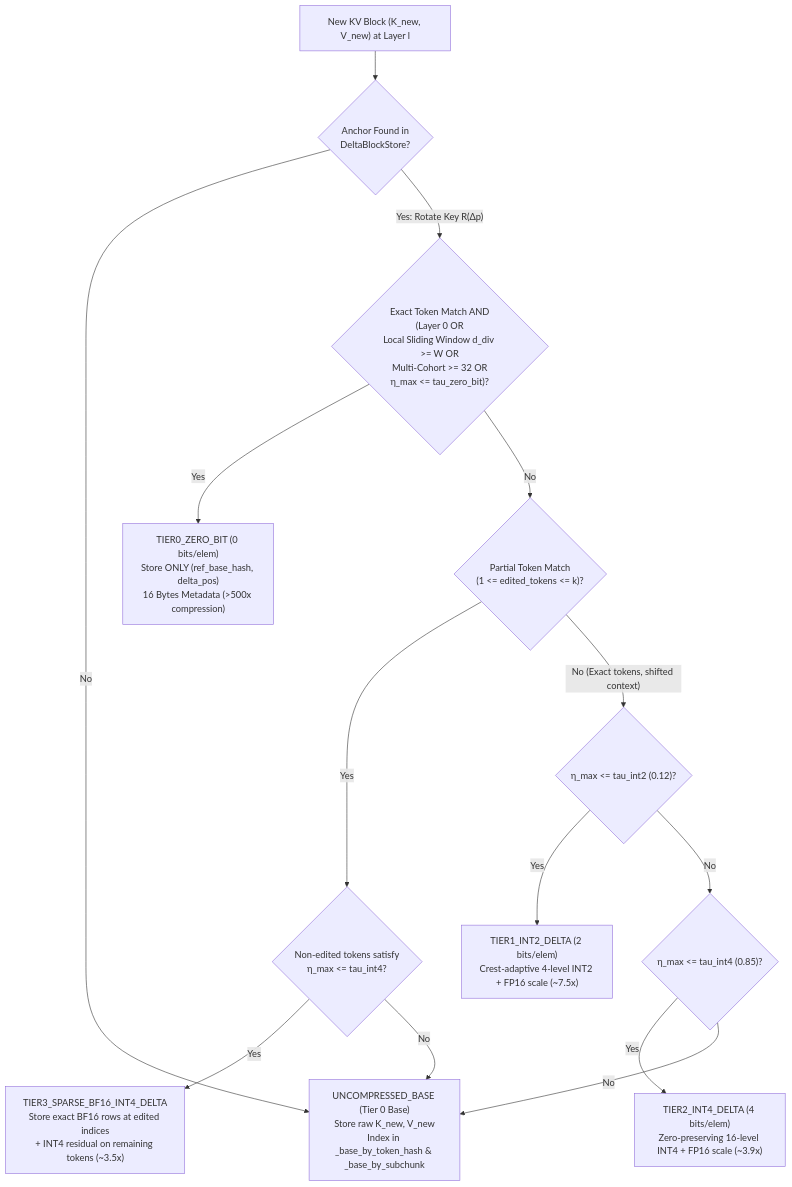
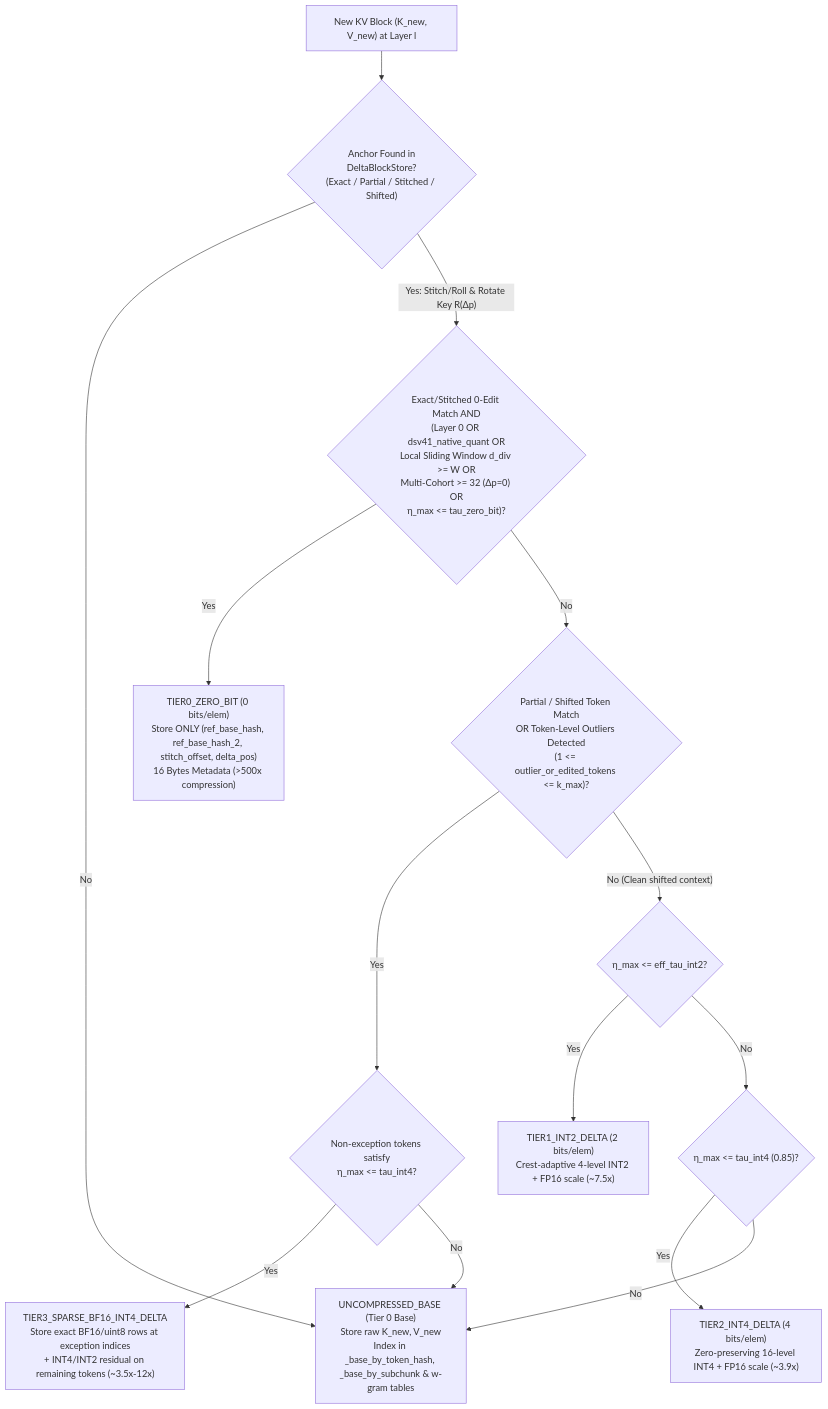
The fourth of 4 diagrams in docs/design/delta_compression_connector.md (xzhaosg/vllm), drawn with Mermaid before and after one commit. The commit also changed other lines of this file and 3 other files, not shown here.

Commit message:
perf(kv_connector): optimize multi-rollout cross-turn delta compression & 100x10 SWE-bench RL benchmark

````diff
--- a/docs/design/delta_compression_connector.md
+++ b/docs/design/delta_compression_connector.md
@@ -273,16 +290,16 @@
 ```mermaid
 flowchart TD
-    Start["New KV Block (K_new, V_new) at Layer l"] --> HasAnchor{"Anchor Found in\nDeltaBlockStore?"}
-    HasAnchor -- "No" --> Base["UNCOMPRESSED_BASE (Tier 0 Base)\nStore raw K_new, V_new\nIndex in _base_by_token_hash & _base_by_subchunk"]
-    HasAnchor -- "Yes: Rotate Key R(Δp)" --> CheckL0{"Exact Token Match AND\n(Layer 0 OR\nLocal Sliding Window d_div >= W OR\nMulti-Cohort >= 32 OR\nη_max <= tau_zero_bit)?"}
-    CheckL0 -- "Yes" --> T0["TIER0_ZERO_BIT (0 bits/elem)\nStore ONLY (ref_base_hash, delta_pos)\n16 Bytes Metadata (>500x compression)"]
-    CheckL0 -- "No" --> CheckPartial{"Partial Token Match\n(1 <= edited_tokens <= k)?"}
-    CheckPartial -- "Yes" --> CheckT3{"Non-edited tokens satisfy\nη_max <= tau_int4?"}
-    CheckT3 -- "Yes" --> T3["TIER3_SPARSE_BF16_INT4_DELTA\nStore exact BF16 rows at edited indices\n+ INT4 residual on remaining tokens (~3.5x)"]
+    Start["New KV Block (K_new, V_new) at Layer l"] --> HasAnchor{"Anchor Found in\nDeltaBlockStore?\n(Exact / Partial / Stitched / Shifted)"}
+    HasAnchor -- "No" --> Base["UNCOMPRESSED_BASE (Tier 0 Base)\nStore raw K_new, V_new\nIndex in _base_by_token_hash, _base_by_subchunk & w-gram tables"]
+    HasAnchor -- "Yes: Stitch/Roll & Rotate Key R(Δp)" --> CheckL0{"Exact/Stitched 0-Edit Match AND\n(Layer 0 OR dsv41_native_quant OR\nLocal Sliding Window d_div >= W OR\nMulti-Cohort >= 32 (Δp=0) OR\nη_max <= tau_zero_bit)?"}
+    CheckL0 -- "Yes" --> T0["TIER0_ZERO_BIT (0 bits/elem)\nStore ONLY (ref_base_hash, ref_base_hash_2, stitch_offset, delta_pos)\n16 Bytes Metadata (>500x compression)"]
+    CheckL0 -- "No" --> CheckPartial{"Partial / Shifted Token Match\nOR Token-Level Outliers Detected\n(1 <= outlier_or_edited_tokens <= k_max)?"}
+    CheckPartial -- "Yes" --> CheckT3{"Non-exception tokens satisfy\nη_max <= tau_int4?"}
+    CheckT3 -- "Yes" --> T3["TIER3_SPARSE_BF16_INT4_DELTA\nStore exact BF16/uint8 rows at exception indices\n+ INT4/INT2 residual on remaining tokens (~3.5x-12x)"]
     CheckT3 -- "No" --> Base
-    CheckPartial -- "No (Exact tokens, shifted context)" --> CheckT1{"η_max <= tau_int2 (0.12)?"}
+    CheckPartial -- "No (Clean shifted context)" --> CheckT1{"η_max <= eff_tau_int2?"}
     CheckT1 -- "Yes" --> T1["TIER1_INT2_DELTA (2 bits/elem)\nCrest-adaptive 4-level INT2 + FP16 scale (~7.5x)"]
     CheckT1 -- "No" --> CheckT2{"η_max <= tau_int4 (0.85)?"}
     CheckT2 -- "Yes" --> T2["TIER2_INT4_DELTA (4 bits/elem)\nZero-preserving 16-level INT4 + FP16 scale (~3.9x)"]
     CheckT2 -- "No" --> Base
 ```
````
